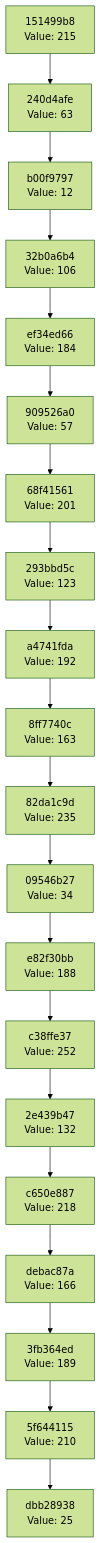
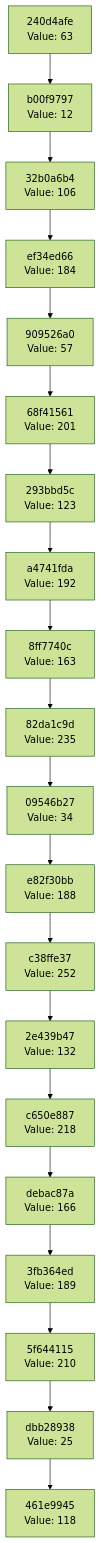
The diagram in docs/CHAIN_VISUALIZATION.md (Abhisheksinha1506/hash-chain-evolver), drawn with Mermaid (forest theme) before and after one commit. The commit also changed 3 other files, not shown here.

````diff
--- a/docs/CHAIN_VISUALIZATION.md
+++ b/docs/CHAIN_VISUALIZATION.md
@@ -3,42 +3,42 @@
 ```mermaid
 graph TD
-    C0["dbb28938<br/>Value: 25"]
-    C1["5f644115<br/>Value: 210"]
+    C0["461e9945<br/>Value: 118"]
+    C1["dbb28938<br/>Value: 25"]
     C1 --> C0
-    C2["3fb364ed<br/>Value: 189"]
+    C2["5f644115<br/>Value: 210"]
     C2 --> C1
-    C3["debac87a<br/>Value: 166"]
+    C3["3fb364ed<br/>Value: 189"]
     C3 --> C2
-    C4["c650e887<br/>Value: 218"]
+    C4["debac87a<br/>Value: 166"]
     C4 --> C3
-    C5["2e439b47<br/>Value: 132"]
+    C5["c650e887<br/>Value: 218"]
     C5 --> C4
-    C6["c38ffe37<br/>Value: 252"]
+    C6["2e439b47<br/>Value: 132"]
     C6 --> C5
-    C7["e82f30bb<br/>Value: 188"]
+    C7["c38ffe37<br/>Value: 252"]
     C7 --> C6
-    C8["09546b27<br/>Value: 34"]
+    C8["e82f30bb<br/>Value: 188"]
     C8 --> C7
-    C9["82da1c9d<br/>Value: 235"]
+    C9["09546b27<br/>Value: 34"]
     C9 --> C8
-    C10["8ff7740c<br/>Value: 163"]
+    C10["82da1c9d<br/>Value: 235"]
     C10 --> C9
-    C11["a4741fda<br/>Value: 192"]
+    C11["8ff7740c<br/>Value: 163"]
     C11 --> C10
-    C12["293bbd5c<br/>Value: 123"]
+    C12["a4741fda<br/>Value: 192"]
     C12 --> C11
-    C13["68f41561<br/>Value: 201"]
+    C13["293bbd5c<br/>Value: 123"]
     C13 --> C12
-    C14["909526a0<br/>Value: 57"]
+    C14["68f41561<br/>Value: 201"]
     C14 --> C13
-    C15["ef34ed66<br/>Value: 184"]
+    C15["909526a0<br/>Value: 57"]
     C15 --> C14
-    C16["32b0a6b4<br/>Value: 106"]
+    C16["ef34ed66<br/>Value: 184"]
     C16 --> C15
-    C17["b00f9797<br/>Value: 12"]
+    C17["32b0a6b4<br/>Value: 106"]
     C17 --> C16
-    C18["240d4afe<br/>Value: 63"]
+    C18["b00f9797<br/>Value: 12"]
     C18 --> C17
-    C19["151499b8<br/>Value: 215"]
+    C19["240d4afe<br/>Value: 63"]
     C19 --> C18
 ```
````
